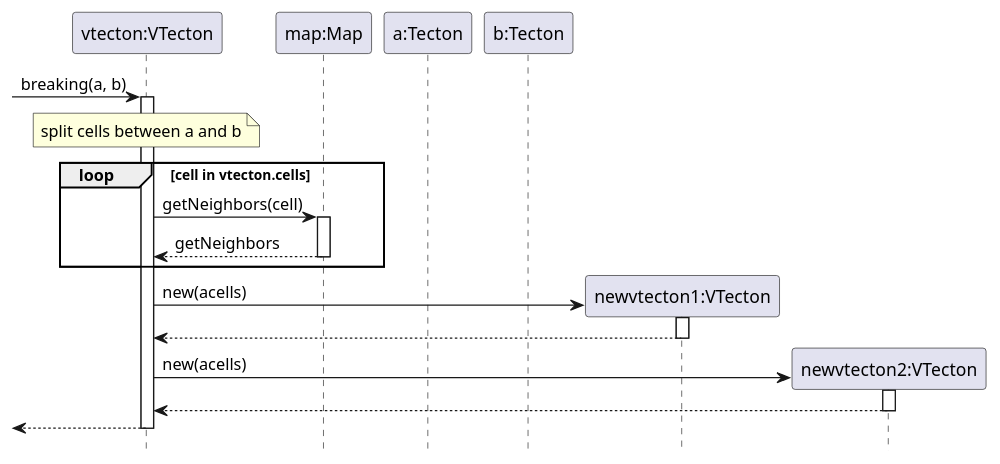
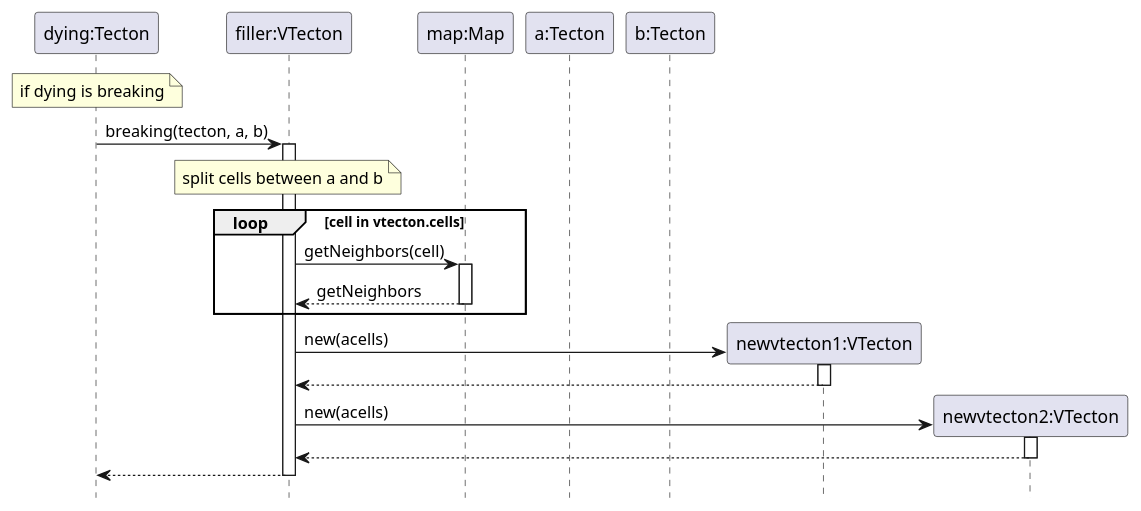
Before and after one commit to ZD4ve/projlab-error521: the diagram in GuiPlan/breaking.puml, drawn with PlantUML. The commit also changed 3 other files, not shown here.

```diff
--- a/GuiPlan/breaking.puml
+++ b/GuiPlan/breaking.puml
@@ -1,37 +1,40 @@
-@startuml
-hide footbox
+@startuml breaking
+hide footbox 
 
-participant "vtecton:VTecton" as vtecton
+participant "dying:Tecton" as dying
+
+participant "filler:VTecton" as vtecton
 participant "map:Map" as map
 participant "a:Tecton" as a
 participant "b:Tecton" as b
 participant "newvtecton1:VTecton" as newvtecton1
 participant "newvtecton2:VTecton" as newvtecton2
 
--> vtecton : breaking(a, b)
+note over dying : if dying is breaking
+dying -> vtecton : breaking(tecton, a, b)
 activate vtecton
 
 note over vtecton : split cells between a and b
 
 loop cell in vtecton.cells
     vtecton -> map : getNeighbors(cell)
     activate map
 
     return getNeighbors
 end
 
 create newvtecton1
 vtecton -> newvtecton1 : new(acells)
 activate newvtecton1
 
 return
 
 create newvtecton2
 vtecton -> newvtecton2 : new(acells)
 activate newvtecton2
 
 return
 
 return
 
 @enduml
```
